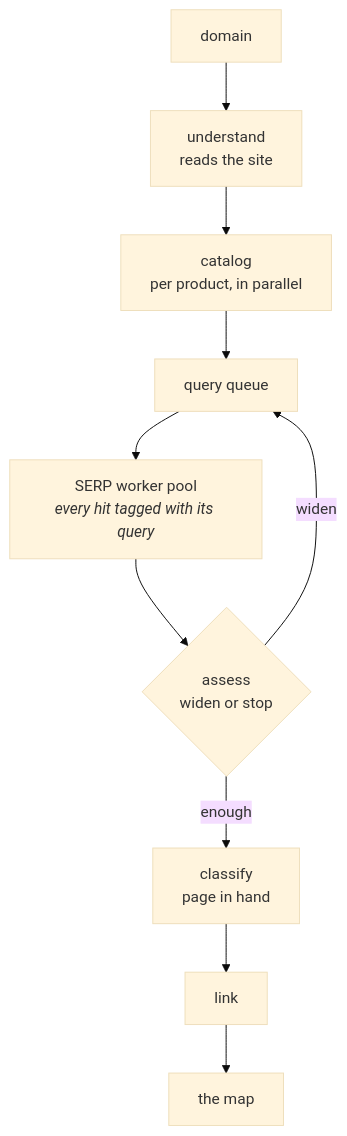
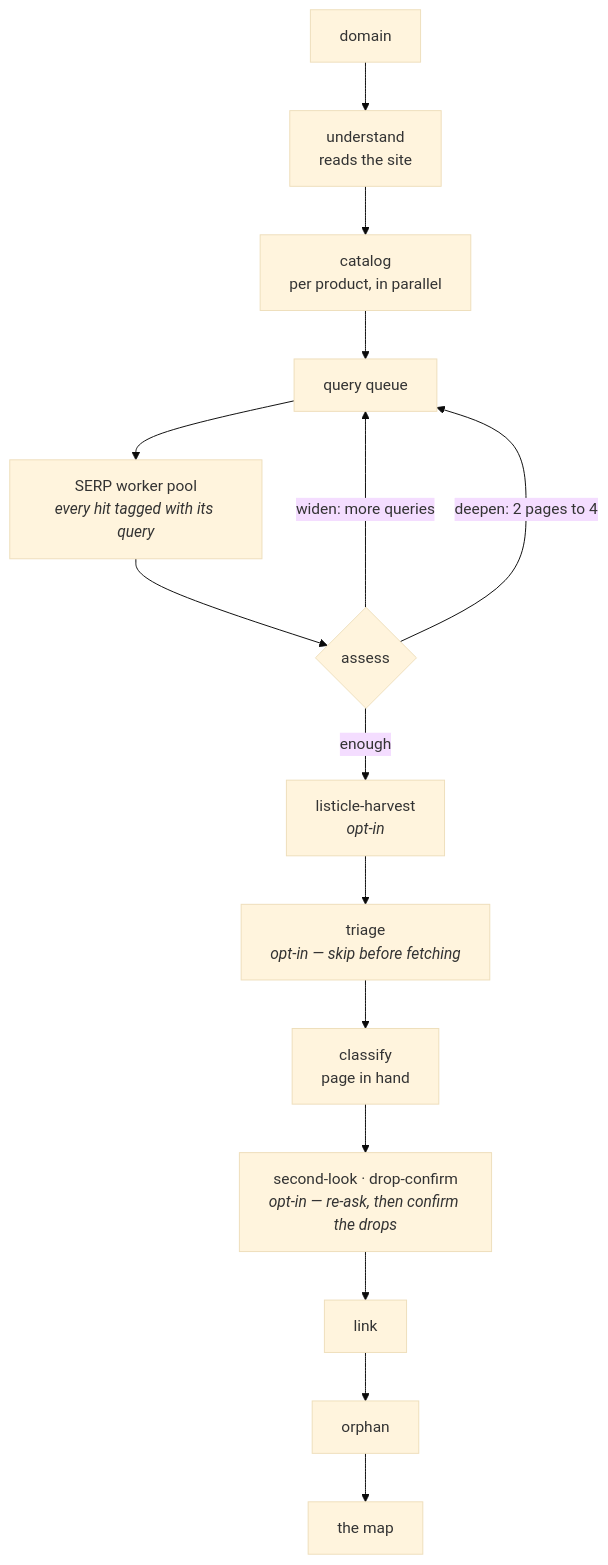
One commit to mo-root/open-kb changed the diagram in README.md. Above: the diagram before and after it, drawn with Mermaid (base theme). The commit also changed other lines of this file and 8 other files, not shown here.

````diff
--- a/README.md
+++ b/README.md
@@ -70,11 +94,15 @@
 ```mermaid
 flowchart TD
     D[domain] --> U["understand<br/>reads the site"]
     U --> C["catalog<br/>per product, in parallel"]
     C --> Q["query queue"]
     Q --> W["SERP worker pool<br/><i>every hit tagged with its query</i>"]
-    W --> A{"assess<br/>widen or stop"}
-    A -- widen --> Q
-    A -- enough --> K["classify<br/>page in hand"]
-    K --> L["link"] --> M["the map"]
+    W --> A{"assess"}
+    A -->|"widen: more queries"| Q
+    A -->|"deepen: 2 pages to 4"| Q
+    A -->|"enough"| H["listicle-harvest<br/><i>opt-in</i>"]
+    H --> T["triage<br/><i>opt-in — skip before fetching</i>"]
+    T --> K["classify<br/>page in hand"]
+    K --> S["second-look · drop-confirm<br/><i>opt-in — re-ask, then confirm the drops</i>"]
+    S --> L["link"] --> O["orphan"] --> M["the map"]
 ```
````
